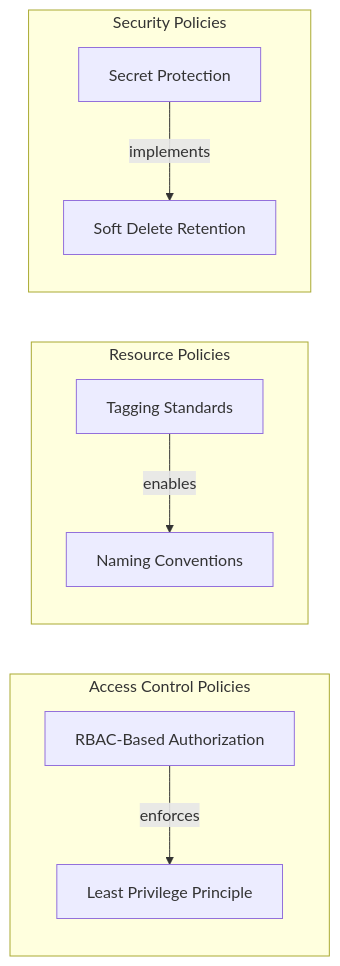
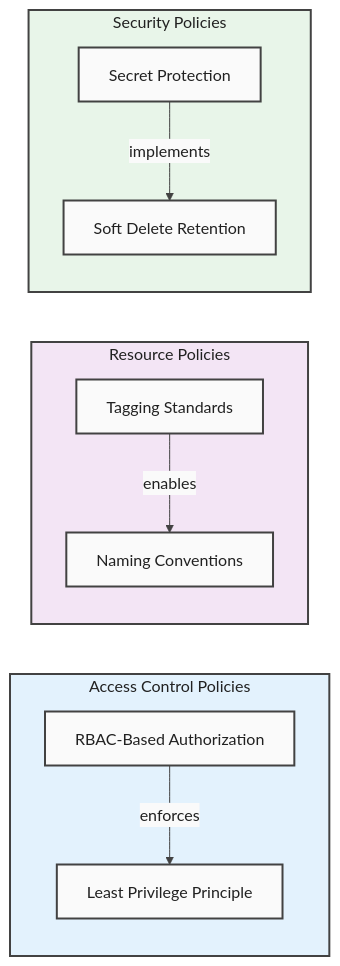
Before and after one commit to Evilazaro/DevExp-DevBox: the eighth of 11 diagrams in docs/architecture/Business.md, drawn with Mermaid. The commit also changed other lines of this file, not shown here.

Commit message:
docs: enhance Business Architecture diagrams with improved styling and clarity

````diff
--- a/docs/architecture/Business.md
+++ b/docs/architecture/Business.md
@@ -938,18 +977,32 @@
 ```mermaid
-graph LR
-    subgraph "Access Control Policies"
+%%{init: {'theme': 'base', 'themeVariables': { 'primaryColor': '#FAFAFA', 'primaryBorderColor': '#424242', 'primaryTextColor': '#212121', 'lineColor': '#424242'}}}%%
+flowchart LR
+    %% Style Definitions
+    classDef default fill:#FAFAFA,stroke:#424242,stroke-width:2px,color:#212121
+    classDef level1 fill:#E3F2FD,stroke:#424242,stroke-width:2px,color:#212121
+    classDef level2 fill:#F3E5F5,stroke:#424242,stroke-width:2px,color:#212121
+    classDef level3 fill:#E8F5E9,stroke:#424242,stroke-width:2px,color:#212121
+
+    subgraph ACCESS["Access Control Policies"]
         P1["RBAC-Based Authorization"]
         P2["Least Privilege Principle"]
     end
-    subgraph "Resource Policies"
+
+    subgraph RESOURCE["Resource Policies"]
         P3["Tagging Standards"]
         P4["Naming Conventions"]
     end
-    subgraph "Security Policies"
+
+    subgraph SECURITY["Security Policies"]
         P5["Secret Protection"]
         P6["Soft Delete Retention"]
     end
+
     P1 -->|"enforces"| P2
     P3 -->|"enables"| P4
     P5 -->|"implements"| P6
+
+    class ACCESS level1
+    class RESOURCE level2
+    class SECURITY level3
 ```
````
